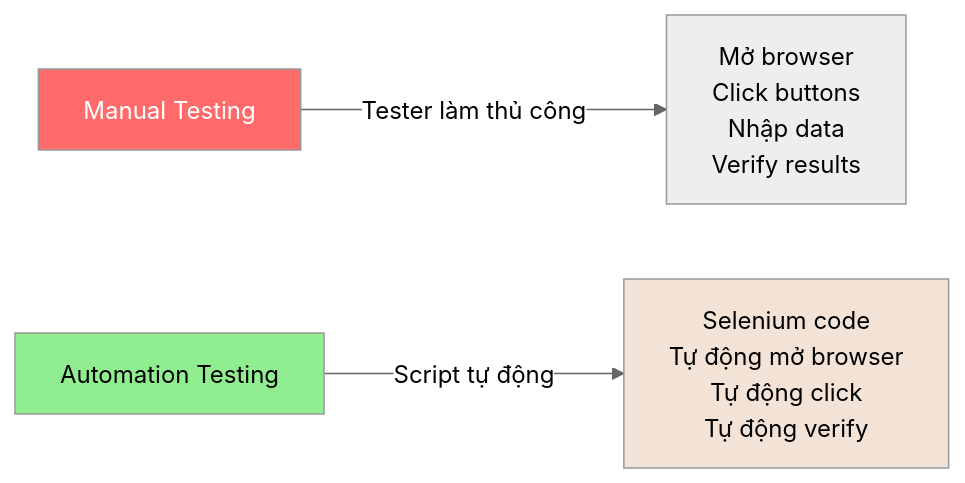
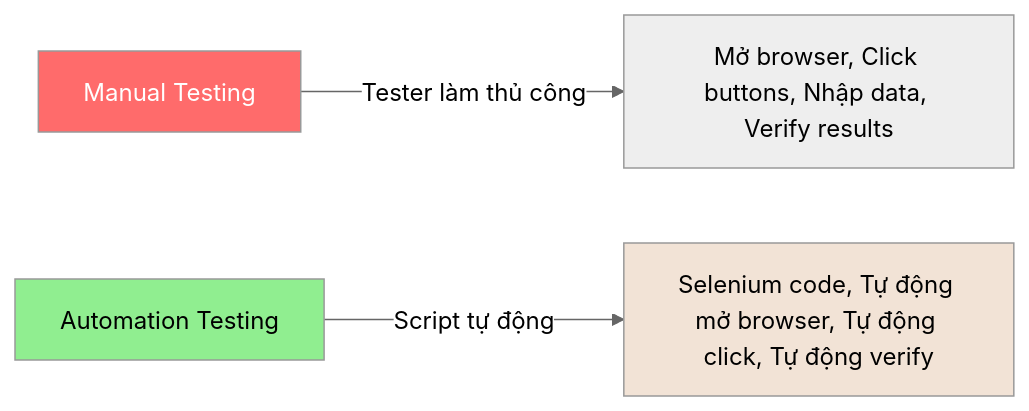
Before and after one commit to namnd0806/automation-testing-cource: the first of 11 diagrams in 01-automation-testing-fundamentals.md, drawn with Mermaid (neutral theme). The commit also changed other lines of this file and 4 other files, not shown here.

First line of the commit message:
Fix: Sửa tất cả sơ đồ Mermaid lỗi format

````diff
--- a/01-automation-testing-fundamentals.md
+++ b/01-automation-testing-fundamentals.md
@@ -25,9 +25,9 @@
 ```mermaid
 graph LR
-    A[Manual Testing] -->|Tester làm thủ công| B[Mở browser<br/>Click buttons<br/>Nhập data<br/>Verify results]
-    C[Automation Testing] -->|Script tự động| D[Selenium code<br/>Tự động mở browser<br/>Tự động click<br/>Tự động verify]
+    A[Manual Testing] -->|Tester làm thủ công| B[Mở browser, Click buttons, Nhập data, Verify results]
+    C[Automation Testing] -->|Script tự động| D[Selenium code, Tự động mở browser, Tự động click, Tự động verify]
     
     style A fill:#FF6B6B,color:#fff
     style C fill:#90EE90
     style D fill:#F2E3D6
 ```
````
